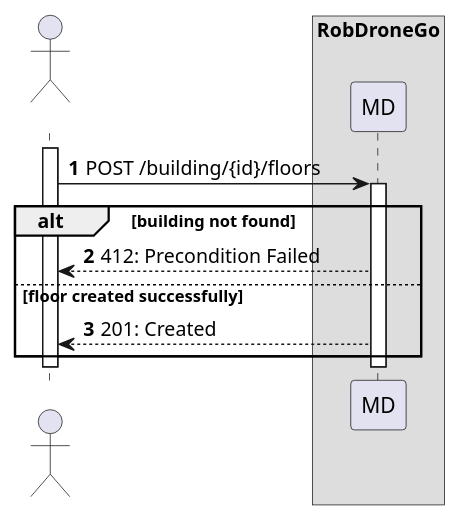
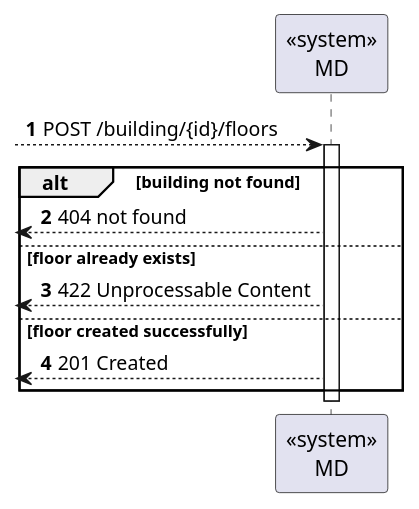
One commit to Departamento-de-Engenharia-Informatica/lapr5-23-24-g19 changed the diagram in docs/us190/level2/process-view.puml. Above: the diagram before and after it, drawn with PlantUML. The commit also changed 8 other files, not shown here.

```diff
--- a/docs/us190/level2/process-view.puml
+++ b/docs/us190/level2/process-view.puml
@@ -1,22 +1,19 @@
 @startuml
 autonumber
 
-actor " " as actor
-box "RobDroneGo"
-participant "MD" as mdr
+participant "<<system>>\nMD" as mdr
 
-activate actor
+[--> mdr: POST /building/{id}/floors
 
-    actor -> mdr: POST /building/{id}/floors
+activate mdr
+alt building not found
+    [<--mdr : 404 not found
+else floor already exists
+    [<--mdr : 422 Unprocessable Content
+else floor created successfully
+    [<--mdr : 201 Created
+end
+deactivate mdr
 
-    activate mdr
-    alt building not found
-        mdr --> actor : 412: Precondition Failed
-    else floor created successfully
-        mdr --> actor : 201: Created
-    end
-    deactivate mdr
-
-deactivate actor
 
 @enduml
```
